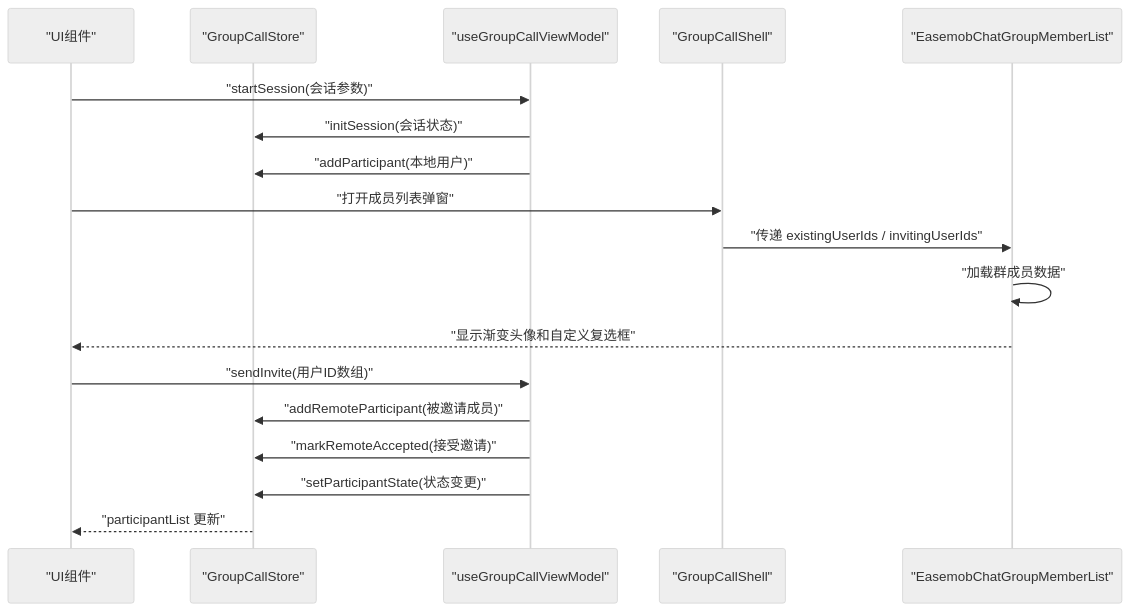
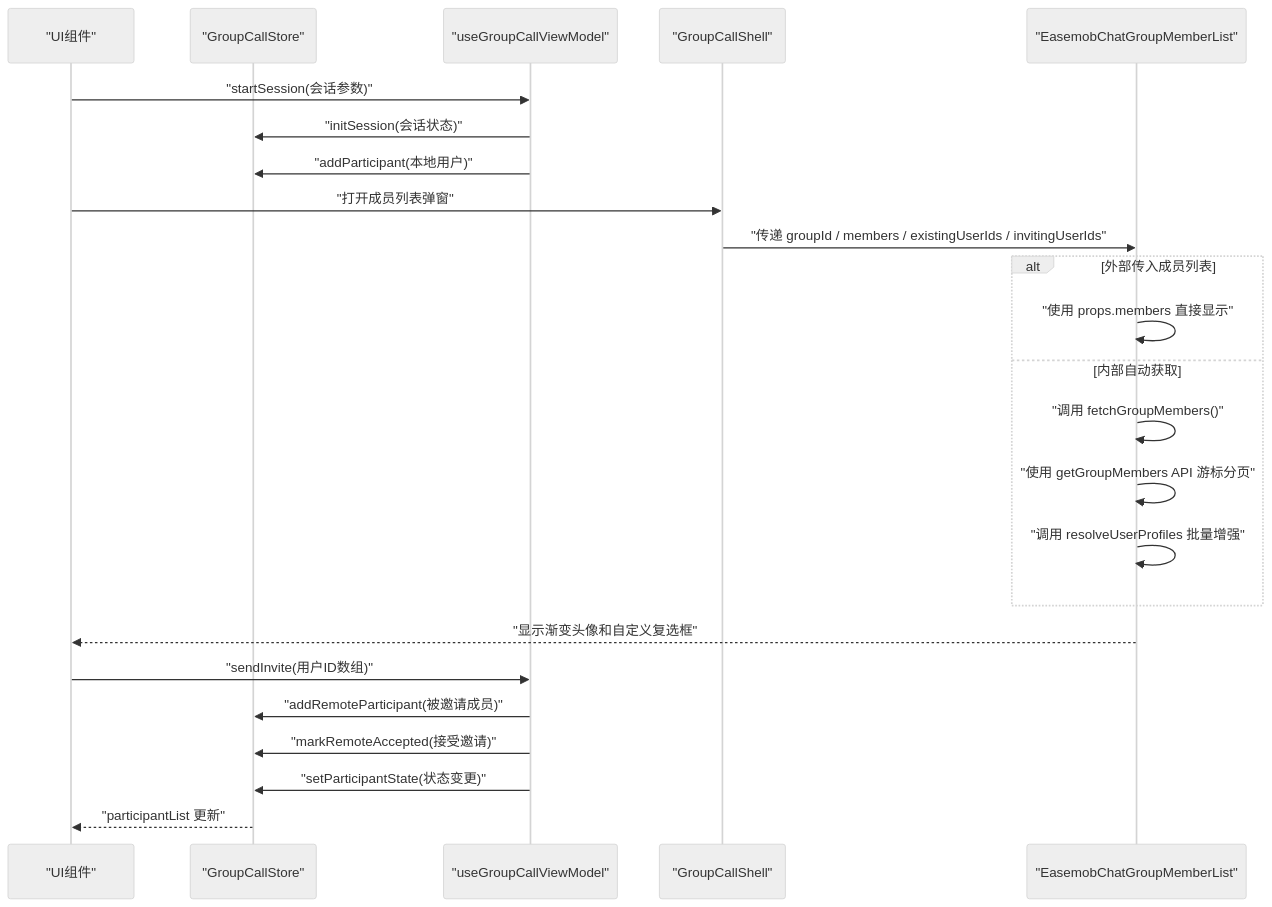
One commit to Easemob-Community/easemob-uikit-callkit-vue3 changed the second of 10 diagrams in .qoder/repowiki/zh/content/核心组件/群组通话组件/群组成员管理.md. Above: the diagram before and after it, drawn with Mermaid (neutral theme). The commit also changed other lines of this file and 12 other files, not shown here.

First line of the commit message:
feat: call / groupCall 支持主动传入 caller userInfo

````diff
--- a/.qoder/repowiki/zh/content/核心组件/群组通话组件/群组成员管理.md
+++ b/.qoder/repowiki/zh/content/核心组件/群组通话组件/群组成员管理.md
@@ -118,20 +131,26 @@
 ```mermaid
 sequenceDiagram
 participant UI as "UI组件"
 participant GCS as "GroupCallStore"
 participant GVM as "useGroupCallViewModel"
 participant GCSH as "GroupCallShell"
 participant ML as "EasemobChatGroupMemberList"
 UI->>GVM : "startSession(会话参数)"
 GVM->>GCS : "initSession(会话状态)"
 GVM->>GCS : "addParticipant(本地用户)"
 UI->>GCSH : "打开成员列表弹窗"
-GCSH->>ML : "传递 existingUserIds / invitingUserIds"
-ML->>ML : "加载群成员数据"
+GCSH->>ML : "传递 groupId / members / existingUserIds / invitingUserIds"
+alt 外部传入成员列表
+ML->>ML : "使用 props.members 直接显示"
+else 内部自动获取
+ML->>ML : "调用 fetchGroupMembers()"
+ML->>ML : "使用 getGroupMembers API 游标分页"
+ML->>ML : "调用 resolveUserProfiles 批量增强"
+end
 ML-->>UI : "显示渐变头像和自定义复选框"
 UI->>GVM : "sendInvite(用户ID数组)"
 GVM->>GCS : "addRemoteParticipant(被邀请成员)"
 GVM->>GCS : "markRemoteAccepted(接受邀请)"
 GVM->>GCS : "setParticipantState(状态变更)"
 GCS-->>UI : "participantList 更新"
 ```
````
